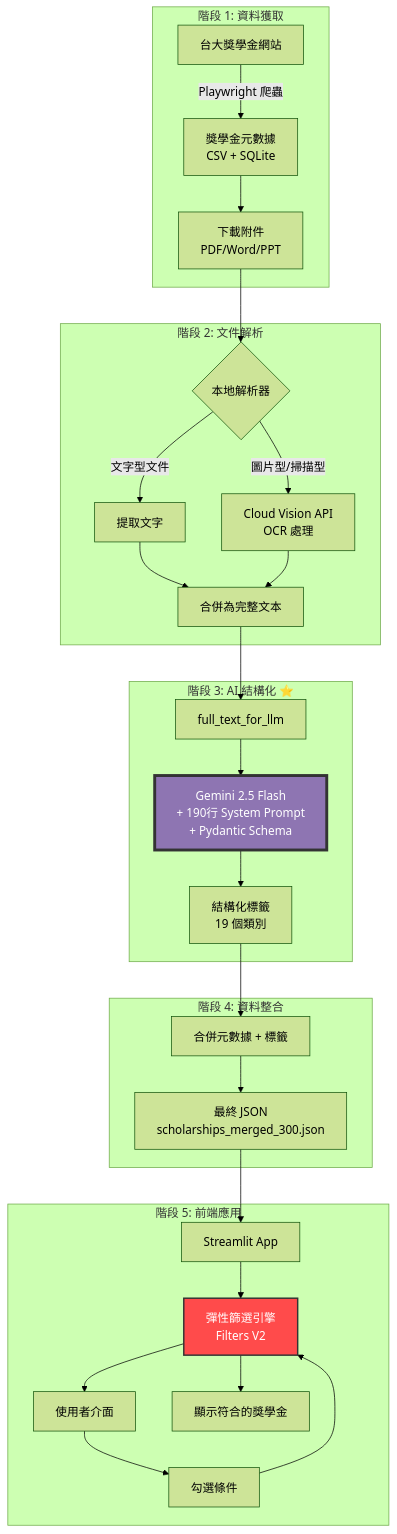
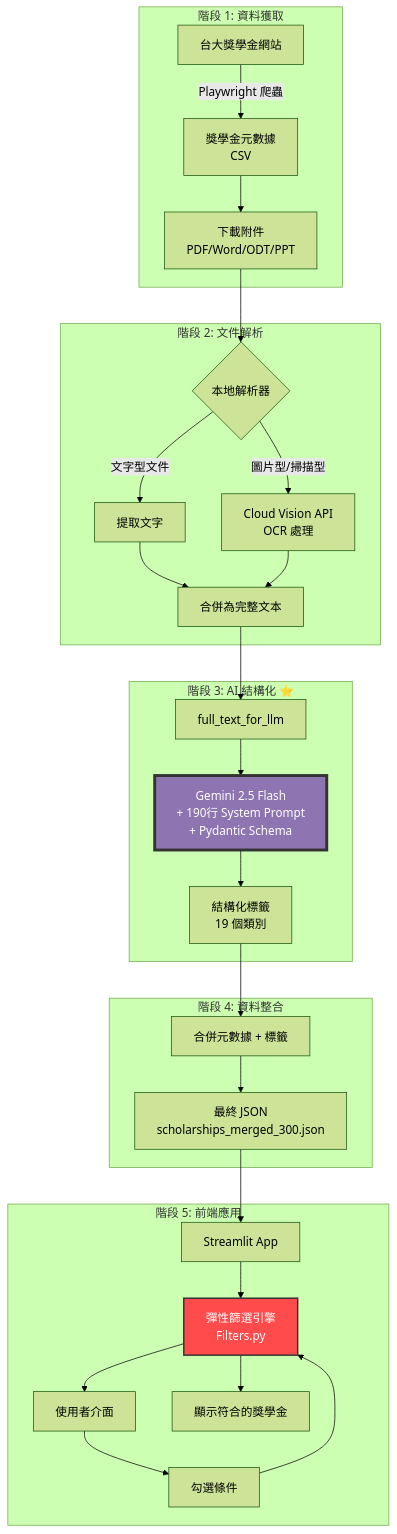
Before and after one commit to 8ihc/Scholarship_Finder: the second of 2 diagrams in README.md, drawn with Mermaid (forest theme). The commit also changed other lines of this file, not shown here.

````diff
--- a/README.md
+++ b/README.md
@@ -266,38 +275,38 @@
 ```mermaid
 graph TB
     subgraph "階段 1: 資料獲取"
-        A[台大獎學金網站] -->|Playwright 爬蟲| B[獎學金元數據<br/>CSV + SQLite]
-        B --> C[下載附件<br/>PDF/Word/PPT]
+        A[台大獎學金網站] -->|Playwright 爬蟲| B[獎學金元數據<br/>CSV]
+        B --> C[下載附件<br/>PDF/Word/ODT/PPT]
     end
     
     subgraph "階段 2: 文件解析"
         C --> D{本地解析器}
         D -->|文字型文件| E[提取文字]
         D -->|圖片型/掃描型| F[Cloud Vision API<br/>OCR 處理]
         E --> G[合併為完整文本]
         F --> G
     end
     
     subgraph "階段 3: AI 結構化 ⭐"
         G --> H[full_text_for_llm]
         H --> I[Gemini 2.5 Flash<br/>+ 190行 System Prompt<br/>+ Pydantic Schema]
         I --> J[結構化標籤<br/>19 個類別]
     end
     
     subgraph "階段 4: 資料整合"
         J --> K[合併元數據 + 標籤]
         K --> L[最終 JSON<br/>scholarships_merged_300.json]
     end
     
     subgraph "階段 5: 前端應用"
         L --> M[Streamlit App]
-        M --> N[彈性篩選引擎<br/>Filters V2]
+        M --> N[彈性篩選引擎<br/>Filters.py]
         N --> O[使用者介面]
         O --> P[勾選條件]
         P --> N
         N --> Q[顯示符合的獎學金]
     end
     
     style I fill:#8E75B2,stroke:#333,stroke-width:4px,color:#fff
     style N fill:#FF4B4B,stroke:#333,stroke-width:2px,color:#fff
 ```
````
